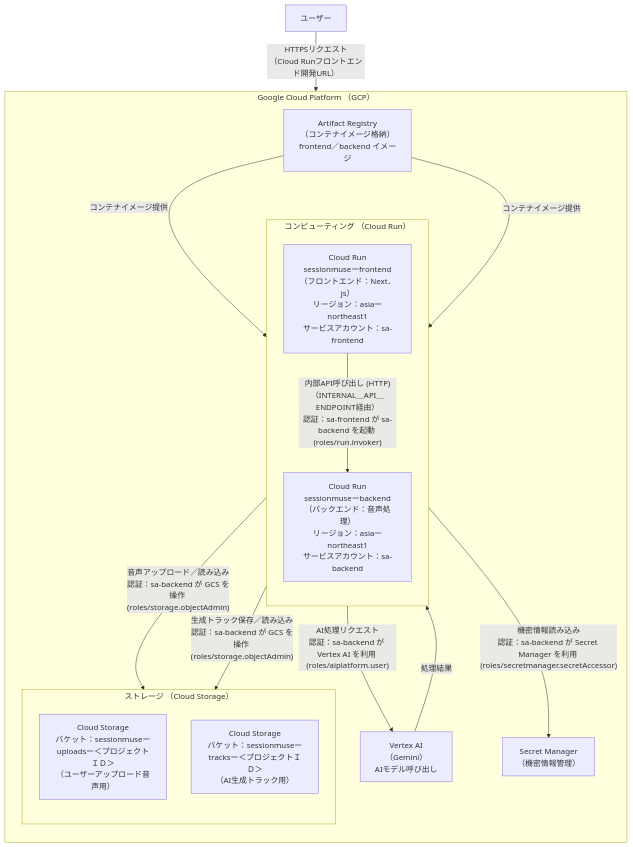
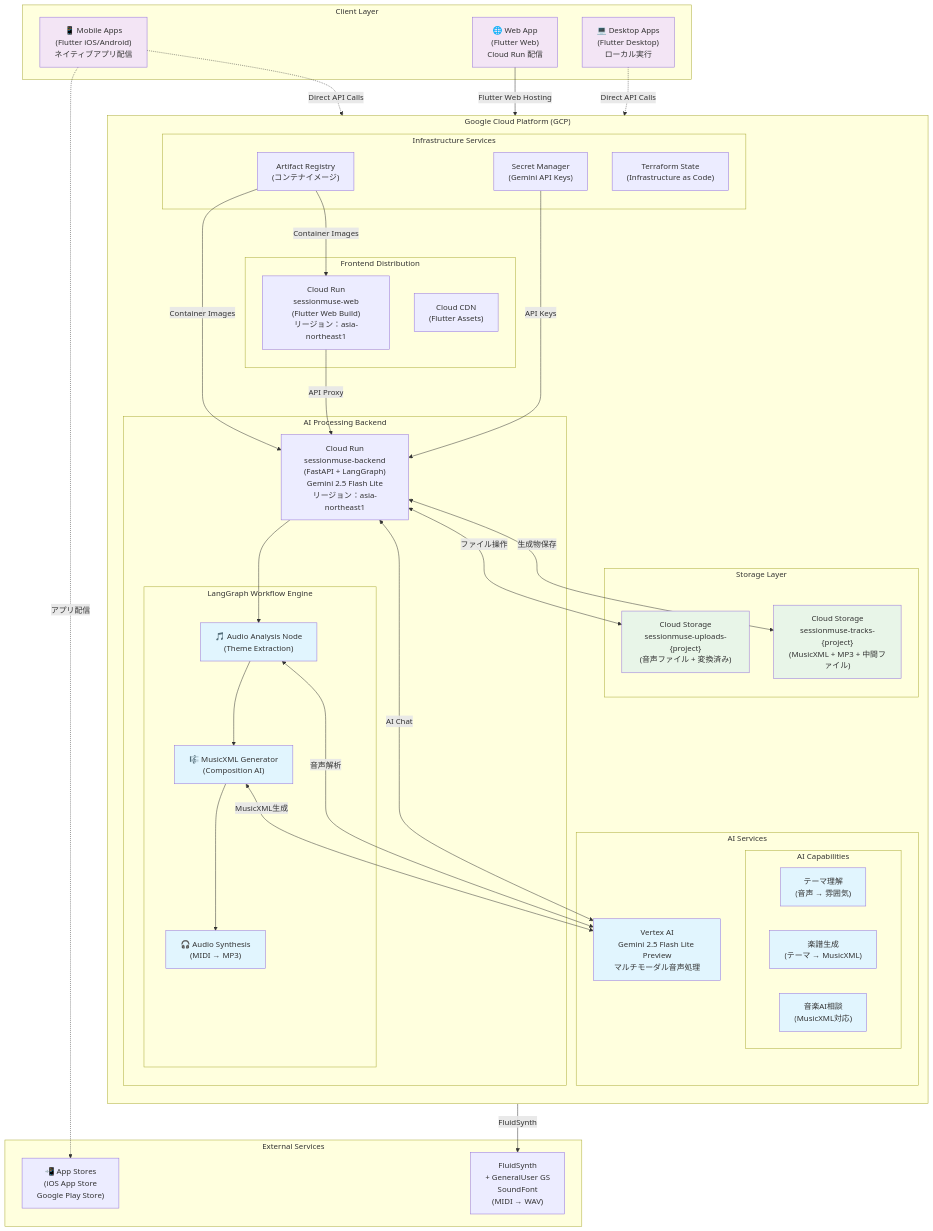
The diagram in infrastructure-design.md (xxkuboxx/ai-hackathon-20250502), drawn with Mermaid before and after one commit. The commit also changed other lines of this file and 2 other files, not shown here.

First line of the commit message:
docs: Update frontend-design.md with comprehensive implementation analysis

````diff
--- a/infrastructure-design.md
+++ b/infrastructure-design.md
@@ -16,57 +22,90 @@
 ```mermaid
 graph TD
-    User["ユーザー"]
+    subgraph "Client Layer"
+        Mobile["📱 Mobile Apps\n(Flutter iOS/Android)\nネイティブアプリ配信"]
+        Web["🌐 Web App\n(Flutter Web)\nCloud Run 配信"]
+        Desktop["💻 Desktop Apps\n(Flutter Desktop)\nローカル実行"]
+    end
 
-
-    subgraph "Google Cloud Platform （GCP）"
+    subgraph "Google Cloud Platform (GCP)"
         direction TB
 
-
-        subgraph "コンピューティング （Cloud Run）"
-            direction TB
-            CR_Frontend["Cloud Run\nsessionmuseーfrontend\n（フロントエンド：Next．js）\nリージョン：asiaーnortheast1\nサービスアカウント：sa-frontend"]
-            CR_Backend["Cloud Run\nsessionmuseーbackend\n（バックエンド：音声処理）\nリージョン：asiaーnortheast1\nサービスアカウント：sa-backend"]
+        subgraph "Frontend Distribution"
+            CR_Web["Cloud Run\nsessionmuse-web\n(Flutter Web Build)\nリージョン：asia-northeast1"]
+            CDN["Cloud CDN\n(Flutter Assets)"]
         end
 
-
-        subgraph "ストレージ （Cloud Storage）"
-            direction TB
-            CS_Uploads["Cloud Storage\nバケット：sessionmuseーuploadsー＜プロジェクトＩＤ＞\n（ユーザーアップロード音声用）"]
-            CS_Tracks["Cloud Storage\nバケット：sessionmuseーtracksー＜プロジェクトＩＤ＞\n（AI生成トラック用）"]
+        subgraph "AI Processing Backend"
+            CR_Backend["Cloud Run\nsessionmuse-backend\n(FastAPI + LangGraph)\nGemini 2.5 Flash Lite\nリージョン：asia-northeast1"]
+            
+            subgraph "LangGraph Workflow Engine"
+                LG_Analyzer["🎵 Audio Analysis Node\n(Theme Extraction)"]
+                LG_Generator["🎼 MusicXML Generator\n(Composition AI)"]
+                LG_Synthesizer["🎧 Audio Synthesis\n(MIDI → MP3)"]
+            end
         end
 
+        subgraph "AI Services"
+            VertexAI["Vertex AI\nGemini 2.5 Flash Lite Preview\nマルチモーダル音声処理"]
+            
+            subgraph "AI Capabilities"
+                Theme["テーマ理解\n(音声 → 雰囲気)"]
+                MusicXML["楽譜生成\n(テーマ → MusicXML)"]
+                Chat["音楽AI相談\n(MusicXML対応)"]
+            end
+        end
 
-        AR["Artifact Registry\n（コンテナイメージ格納）\nfrontend／backend イメージ"]
-        
-        VertexAI["Vertex AI\n（Gemini）\nAIモデル呼び出し"]
+        subgraph "Storage Layer"
+            CS_Uploads["Cloud Storage\nsessionmuse-uploads-{project}\n(音声ファイル + 変換済み)"]
+            CS_Generated["Cloud Storage\nsessionmuse-tracks-{project}\n(MusicXML + MP3 + 中間ファイル)"]
+        end
 
-        SecretManager["Secret Manager\n（機密情報管理）"]
-
+        subgraph "Infrastructure Services"
+            AR["Artifact Registry\n(コンテナイメージ)"]
+            SM["Secret Manager\n(Gemini API Keys)"]
+            Terraform["Terraform State\n(Infrastructure as Code)"]
+        end
     end
 
+    subgraph "External Services"
+        FluidSynth["FluidSynth\n+ GeneralUser GS\nSoundFont\n(MIDI → WAV)"]
+        AppStores["📲 App Stores\n(iOS App Store\nGoogle Play Store)"]
+    end
 
-    %% ユーザーからのアクセス
-    User -- "HTTPSリクエスト\n（Cloud Runフロントエンド開発URL）" --> CR_Frontend
+    %% Client Connections
+    Mobile -.->|"Direct API Calls"| CR_Backend
+    Web -->|"Flutter Web Hosting"| CR_Web
+    Desktop -.->|"Direct API Calls"| CR_Backend
+    
+    CR_Web -->|"API Proxy"| CR_Backend
 
+    %% AI Workflow
+    CR_Backend --> LG_Analyzer
+    LG_Analyzer --> LG_Generator  
+    LG_Generator --> LG_Synthesizer
+    
+    LG_Analyzer <-->|"音声解析"| VertexAI
+    LG_Generator <-->|"MusicXML生成"| VertexAI
+    CR_Backend <-->|"AI Chat"| VertexAI
 
-    %% フロントエンドからバックエンドへの内部通信
-    CR_Frontend -- "内部API呼び出し (HTTP)\n（INTERNAL＿API＿ENDPOINT経由）\n認証：sa-frontend が sa-backend を起動 (roles/run.invoker)" --> CR_Backend
+    %% Data Flow
+    CR_Backend <-->|"ファイル操作"| CS_Uploads
+    CR_Backend <-->|"生成物保存"| CS_Generated
+    LG_Synthesizer -->|"FluidSynth"| FluidSynth
 
-
-    %% コンテナイメージのデプロイフロー
-    AR -- "コンテナイメージ提供" --> CR_Frontend
-    AR -- "コンテナイメージ提供" --> CR_Backend
-
-
-    %% バックエンドとCloud Storage間のデータフロー
-    CR_Backend -- "音声アップロード／読み込み\n認証：sa-backend が GCS を操作 (roles/storage.objectAdmin)" --> CS_Uploads
-    CR_Backend -- "生成トラック保存／読み込み\n認証：sa-backend が GCS を操作 (roles/storage.objectAdmin)" --> CS_Tracks
-
-
-    %% バックエンドとVertex AI間の連携
-    CR_Backend -- "AI処理リクエスト\n認証：sa-backend が Vertex AI を利用 (roles/aiplatform.user)" --> VertexAI
-    VertexAI -- "処理結果" --> CR_Backend
-
-    %% バックエンドとSecret Manager間の連携
-    CR_Backend -- "機密情報読み込み\n認証：sa-backend が Secret Manager を利用 (roles/secretmanager.secretAccessor)" --> SecretManager
+    %% Infrastructure
+    AR -->|"Container Images"| CR_Backend
+    AR -->|"Container Images"| CR_Web
+    SM -->|"API Keys"| CR_Backend
+    
+    %% Distribution
+    Mobile -.->|"アプリ配信"| AppStores
+    
+    classDef aiNode fill:#e1f5fe
+    classDef clientNode fill:#f3e5f5
+    classDef storageNode fill:#e8f5e8
+    
+    class LG_Analyzer,LG_Generator,LG_Synthesizer,VertexAI,Theme,MusicXML,Chat aiNode
+    class Mobile,Web,Desktop clientNode
+    class CS_Uploads,CS_Generated storageNode
 ```
````
